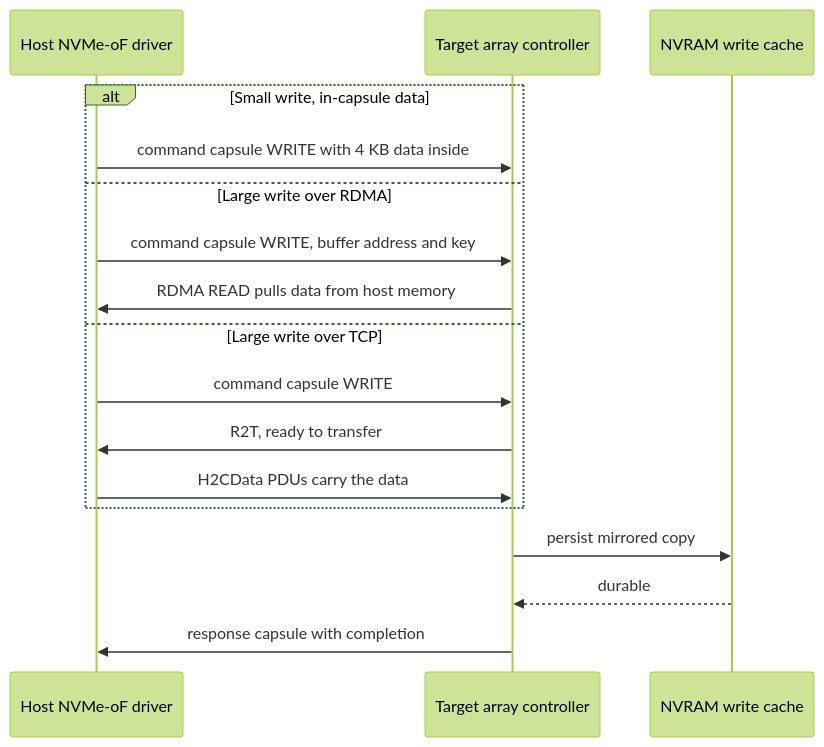
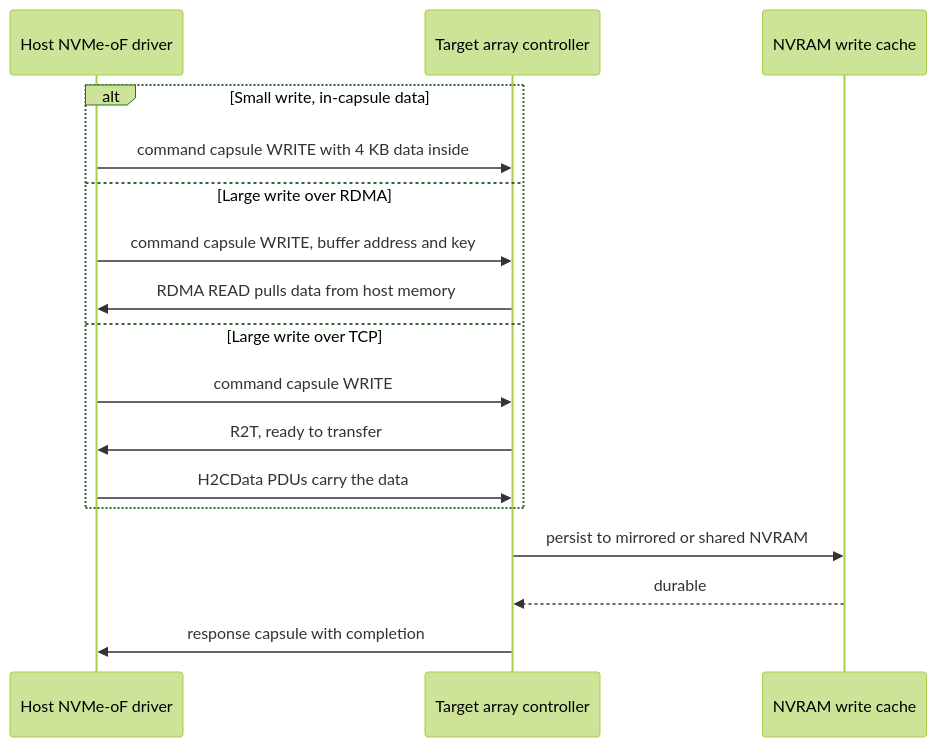
One commit to FrankHuang94/storage-_db_claude changed the fifth of 6 diagrams in docs/02-protocols-and-networking/07-block-protocols.md. Above: the diagram before and after it, drawn with Mermaid (forest theme). The commit also changed other lines of this file and 28 other files, not shown here.

````diff
--- a/docs/02-protocols-and-networking/07-block-protocols.md
+++ b/docs/02-protocols-and-networking/07-block-protocols.md
@@ -140,19 +140,19 @@
 ```mermaid
 sequenceDiagram
     participant H as Host NVMe-oF driver
     participant T as Target array controller
     participant W as NVRAM write cache
     alt Small write, in-capsule data
         H->>T: command capsule WRITE with 4 KB data inside
     else Large write over RDMA
         H->>T: command capsule WRITE, buffer address and key
         T->>H: RDMA READ pulls data from host memory
     else Large write over TCP
         H->>T: command capsule WRITE
         T->>H: R2T, ready to transfer
         H->>T: H2CData PDUs carry the data
     end
-    T->>W: persist mirrored copy
+    T->>W: persist to mirrored or shared NVRAM
     W-->>T: durable
     T->>H: response capsule with completion
 ```
````
